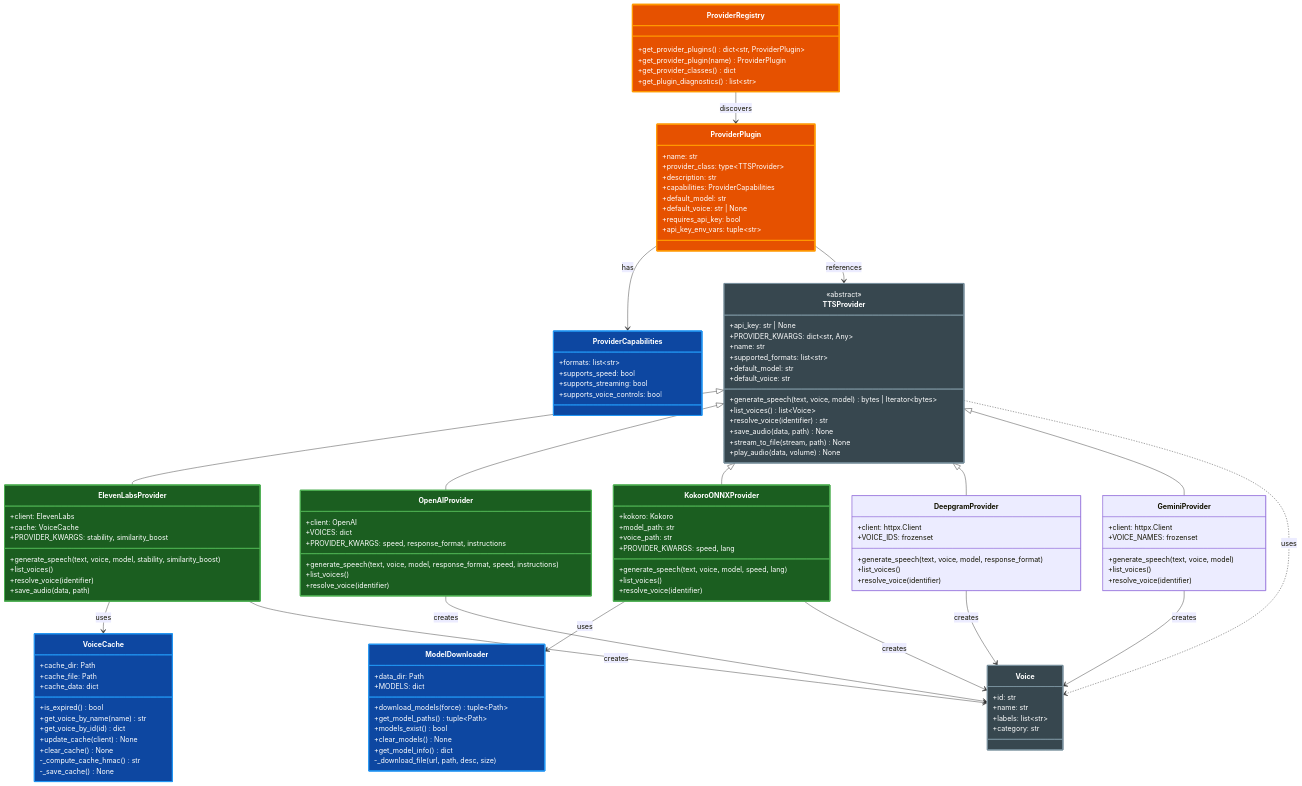
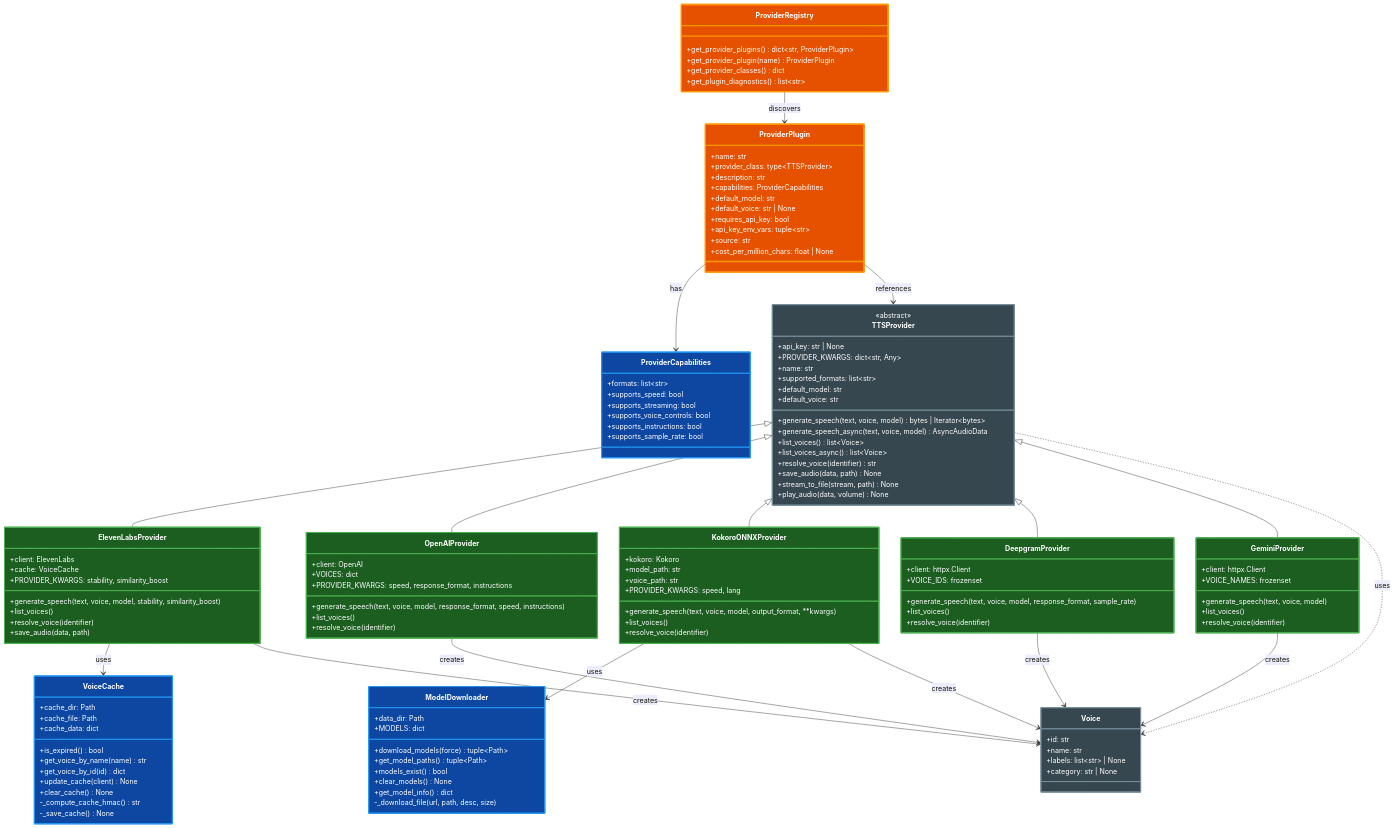
One commit to paulrobello/par-cli-tts changed the third of 21 diagrams in docs/ARCHITECTURE.md. Above: the diagram before and after it, drawn with Mermaid. The commit also changed other lines of this file and 3 other files, not shown here.

````diff
--- a/docs/ARCHITECTURE.md
+++ b/docs/ARCHITECTURE.md
@@ -450,7 +510,9 @@
         +api_key: str | None
         +PROVIDER_KWARGS: dict~str, Any~
         +generate_speech(text, voice, model) bytes | Iterator~bytes~
+        +generate_speech_async(text, voice, model) AsyncAudioData
         +list_voices() list~Voice~
+        +list_voices_async() list~Voice~
         +resolve_voice(identifier) str
         +save_audio(data, path) None
         +stream_to_file(stream, path) None
@@ -464,8 +526,8 @@
     class Voice {
         +id: str
         +name: str
-        +labels: list~str~
-        +category: str
+        +labels: list~str~ | None
+        +category: str | None
     }
 
     class ProviderCapabilities {
@@ -473,6 +535,8 @@
         +supports_speed: bool
         +supports_streaming: bool
         +supports_voice_controls: bool
+        +supports_instructions: bool
+        +supports_sample_rate: bool
     }
 
     class ProviderPlugin {
@@ -484,6 +548,8 @@
         +default_voice: str | None
         +requires_api_key: bool
         +api_key_env_vars: tuple~str~
+        +source: str
+        +cost_per_million_chars: float | None
     }
 
     class ProviderRegistry {
@@ -517,7 +583,7 @@
         +model_path: str
         +voice_path: str
         +PROVIDER_KWARGS: speed, lang
-        +generate_speech(text, voice, model, speed, lang)
+        +generate_speech(text, voice, model, output_format, **kwargs)
         +list_voices()
         +resolve_voice(identifier)
     }
@@ -525,7 +591,7 @@
     class DeepgramProvider {
         +client: httpx.Client
         +VOICE_IDS: frozenset
-        +generate_speech(text, voice, model, response_format)
+        +generate_speech(text, voice, model, response_format, sample_rate)
         +list_voices()
         +resolve_voice(identifier)
     }
@@ -587,6 +653,8 @@
     style ElevenLabsProvider fill:#1b5e20,stroke:#4caf50,stroke-width:2px,color:#ffffff
     style OpenAIProvider fill:#1b5e20,stroke:#4caf50,stroke-width:2px,color:#ffffff
     style KokoroONNXProvider fill:#1b5e20,stroke:#4caf50,stroke-width:2px,color:#ffffff
+    style DeepgramProvider fill:#1b5e20,stroke:#4caf50,stroke-width:2px,color:#ffffff
+    style GeminiProvider fill:#1b5e20,stroke:#4caf50,stroke-width:2px,color:#ffffff
     style VoiceCache fill:#0d47a1,stroke:#2196f3,stroke-width:2px,color:#ffffff
     style ModelDownloader fill:#0d47a1,stroke:#2196f3,stroke-width:2px,color:#ffffff
 ```
````
